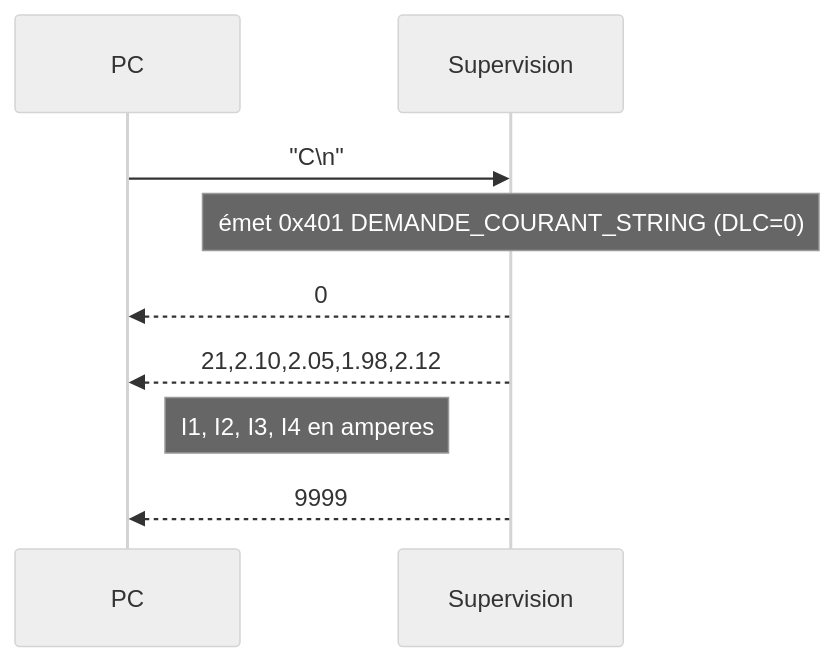
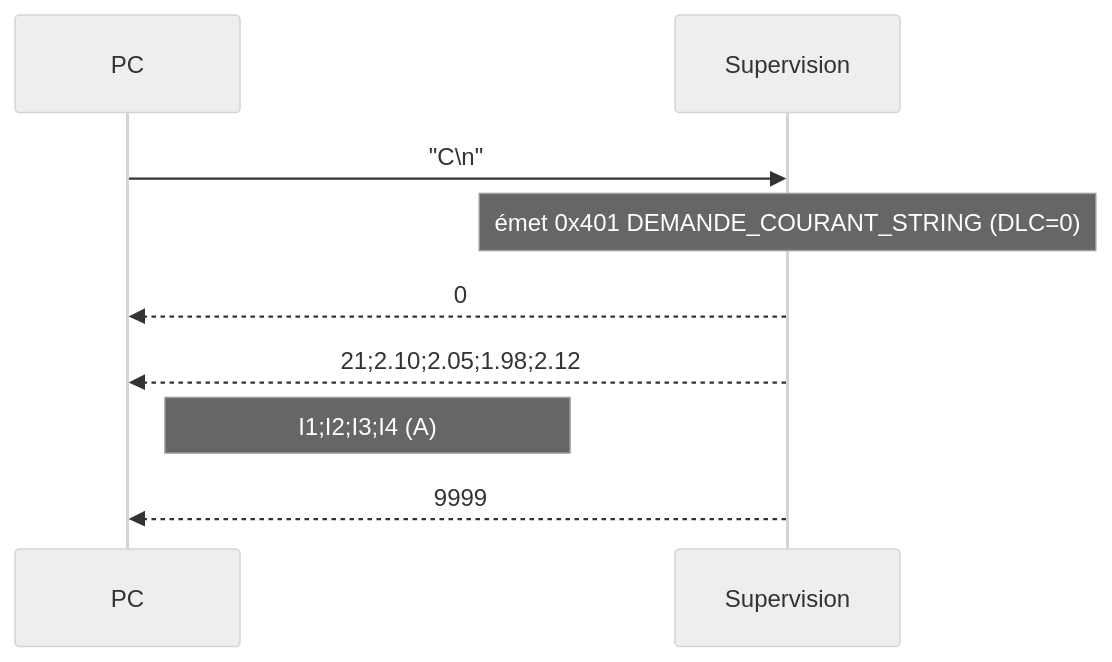
One commit to baptisteB00/Projet_LAOS changed the seventh of 8 diagrams in docs/serial_protocol.md. Above: the diagram before and after it, drawn with Mermaid (neutral theme). The commit also changed other lines of this file, not shown here.

Commit message:
fix : point-virgules dans diagrammes mermaid via entite #59;

````diff
--- a/docs/serial_protocol.md
+++ b/docs/serial_protocol.md
@@ -217,12 +217,12 @@
 ```mermaid
 sequenceDiagram
     participant PC
     participant SUP as Supervision
 
     PC->>SUP: "C\n"
     Note over SUP: émet 0x401 DEMANDE_COURANT_STRING (DLC=0)
     SUP-->>PC: 0
-    SUP-->>PC: 21,2.10,2.05,1.98,2.12
-    Note right of PC: I1, I2, I3, I4 en amperes
+    SUP-->>PC: 21#59;2.10#59;2.05#59;1.98#59;2.12
+    Note right of PC: I1#59;I2#59;I3#59;I4 (A)
     SUP-->>PC: 9999
 ```
````
